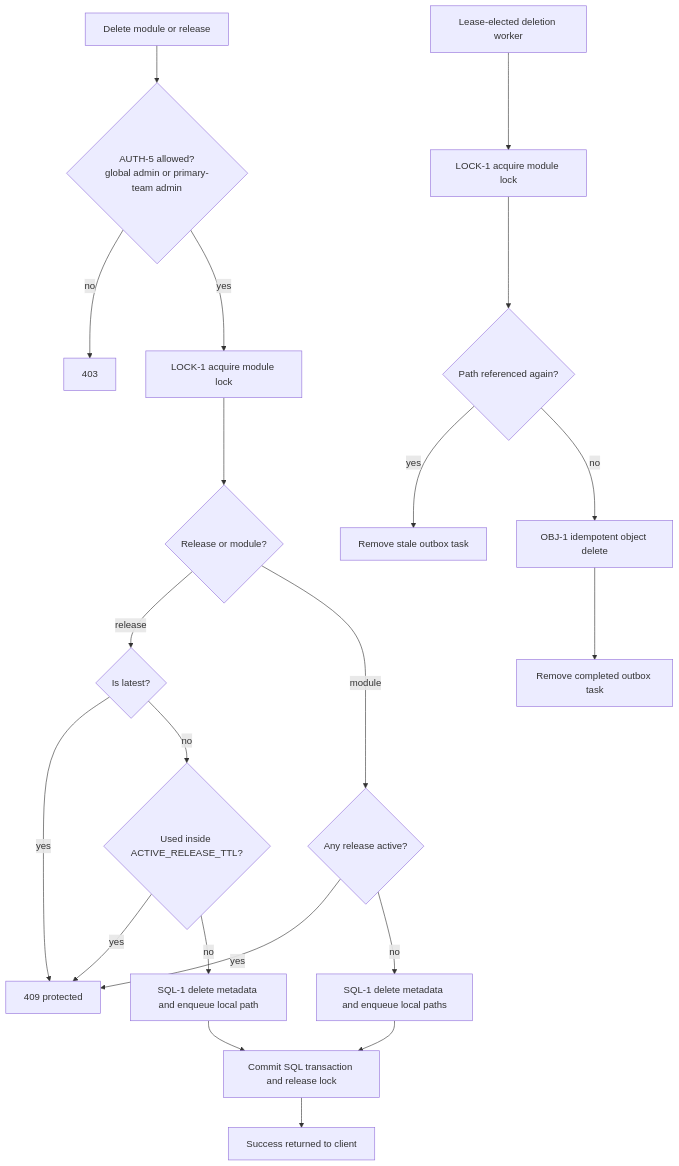
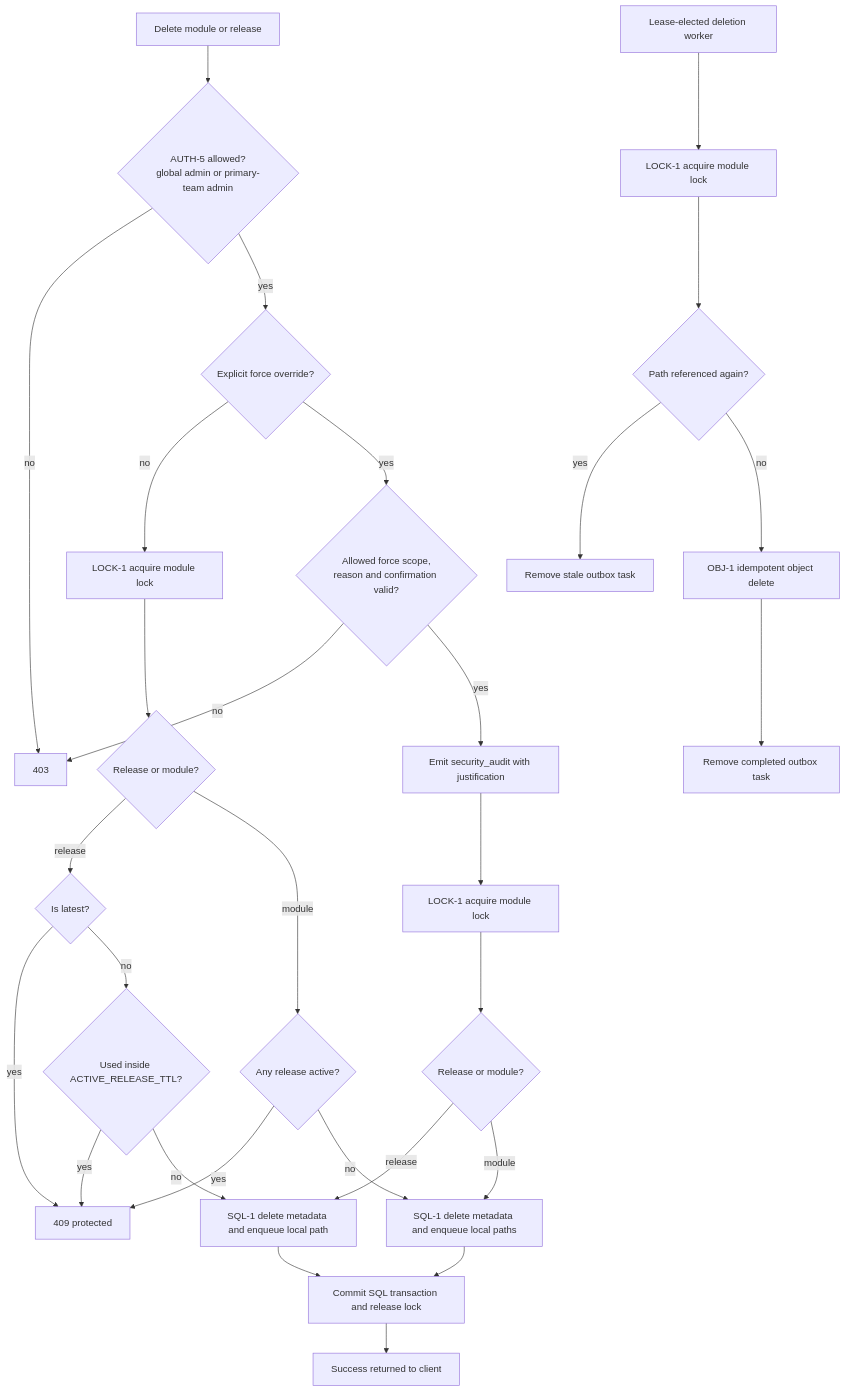
Before and after one commit to zxzharmlesszxz/puppet-forge: the eighth of 10 diagrams in SCHEMA.md, drawn with Mermaid. The commit also changed other lines of this file and 14 other files, not shown here.

````diff
--- a/SCHEMA.md
+++ b/SCHEMA.md
@@ -440,23 +440,31 @@
 ```mermaid
 flowchart TD
     request["Delete module or release"] --> authz{"AUTH-5 allowed?<br/>global admin or primary-team admin"}
     authz -- no --> forbidden["403"]
-    authz -- yes --> lock["LOCK-1 acquire module lock"]
+    authz -- yes --> override{"Explicit force override?"}
+    override -- no --> lock["LOCK-1 acquire module lock"]
+    override -- yes --> forceAuth{"Allowed force scope,<br/>reason and confirmation valid?"}
+    forceAuth -- no --> forbidden
+    forceAuth -- yes --> audit["Emit security_audit with justification"]
+    audit --> forceLock["LOCK-1 acquire module lock"]
     lock --> kind{"Release or module?"}
+    forceLock --> forceKind{"Release or module?"}
+    forceKind -- release --> deleteReleaseSQL
+    forceKind -- module --> deleteModuleSQL
     kind -- release --> latest{"Is latest?"}
     latest -- yes --> protected["409 protected"]
     latest -- no --> active{"Used inside ACTIVE_RELEASE_TTL?"}
     active -- yes --> protected
     active -- no --> deleteReleaseSQL["SQL-1 delete metadata and enqueue local path"]
     kind -- module --> anyActive{"Any release active?"}
     anyActive -- yes --> protected
     anyActive -- no --> deleteModuleSQL["SQL-1 delete metadata and enqueue local paths"]
     deleteReleaseSQL --> commit["Commit SQL transaction and release lock"]
     deleteModuleSQL --> commit
     commit --> done["Success returned to client"]
     worker["Lease-elected deletion worker"] --> cleanupLock["LOCK-1 acquire module lock"]
     cleanupLock --> referenced{"Path referenced again?"}
     referenced -- yes --> cancelTask["Remove stale outbox task"]
     referenced -- no --> deleteObject["OBJ-1 idempotent object delete"]
     deleteObject --> complete["Remove completed outbox task"]
 ```
````
